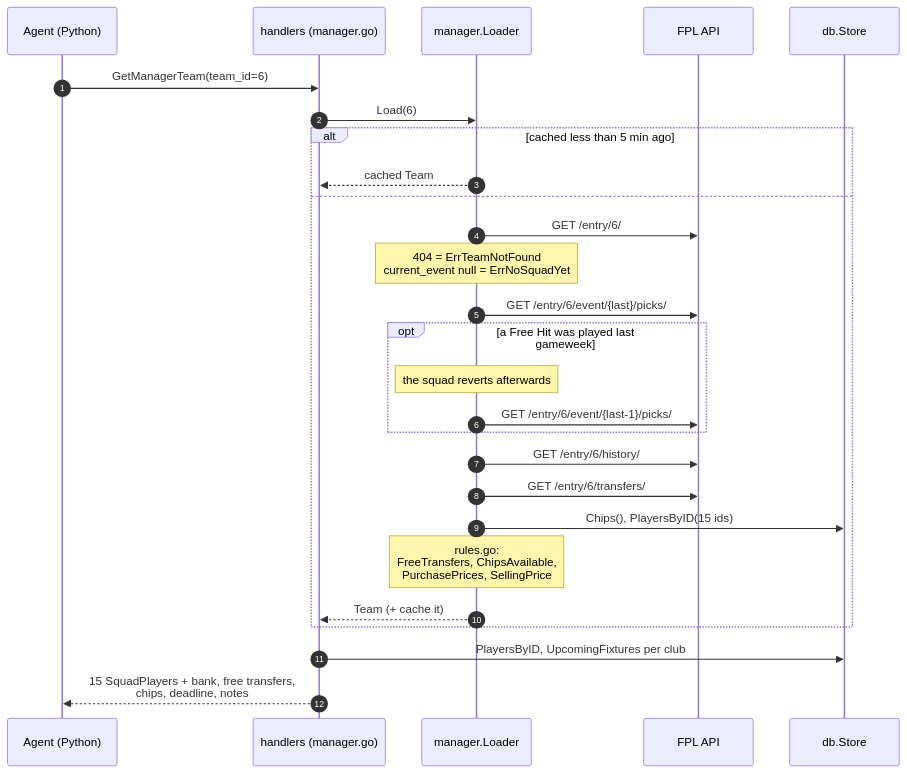
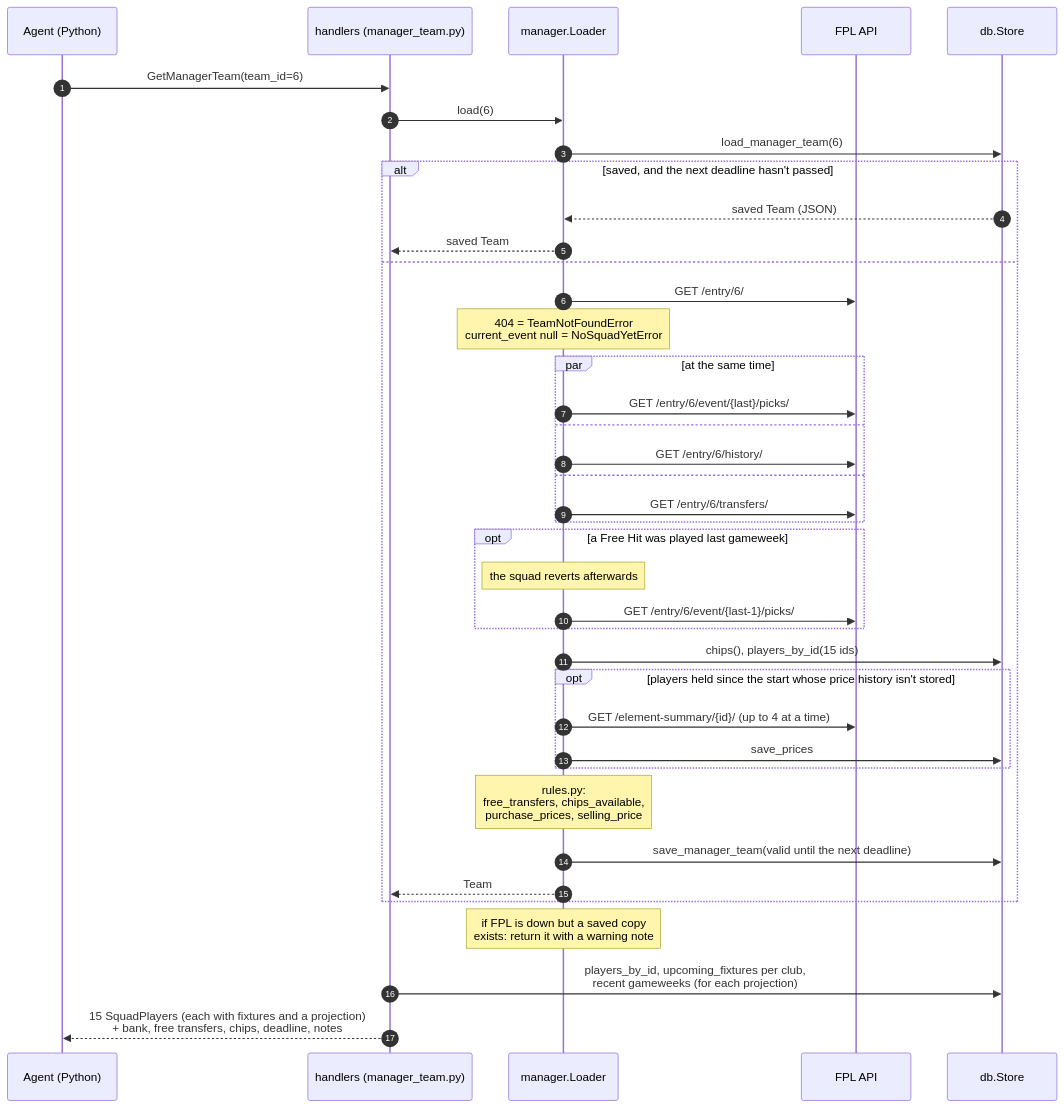
The sixth of 13 diagrams in docs/architecture.md (KaartikeyNatrajan/SquadScout), drawn with Mermaid before and after one commit. The commit also changed other lines of this file and 188 other files, not shown here.

````diff
--- a/docs/architecture.md
+++ b/docs/architecture.md
@@ -271,30 +303,42 @@
 ```mermaid
 sequenceDiagram
     autonumber
     participant A as Agent (Python)
-    participant H as handlers (manager.go)
+    participant H as handlers (manager_team.py)
     participant L as manager.Loader
     participant API as FPL API
     participant DB as db.Store
 
     A->>H: GetManagerTeam(team_id=6)
-    H->>L: Load(6)
-    alt cached less than 5 min ago
-        L-->>H: cached Team
+    H->>L: load(6)
+    L->>DB: load_manager_team(6)
+    alt saved, and the next deadline hasn't passed
+        DB-->>L: saved Team (JSON)
+        L-->>H: saved Team
     else
         L->>API: GET /entry/6/
-        Note over L: 404 = ErrTeamNotFound<br/>current_event null = ErrNoSquadYet
-        L->>API: GET /entry/6/event/{last}/picks/
+        Note over L: 404 = TeamNotFoundError<br/>current_event null = NoSquadYetError
+        par at the same time
+            L->>API: GET /entry/6/event/{last}/picks/
+        and
+            L->>API: GET /entry/6/history/
+        and
+            L->>API: GET /entry/6/transfers/
+        end
         opt a Free Hit was played last gameweek
             Note over L: the squad reverts afterwards
             L->>API: GET /entry/6/event/{last-1}/picks/
         end
-        L->>API: GET /entry/6/history/
-        L->>API: GET /entry/6/transfers/
-        L->>DB: Chips(), PlayersByID(15 ids)
-        Note over L: rules.go:<br/>FreeTransfers, ChipsAvailable,<br/>PurchasePrices, SellingPrice
-        L-->>H: Team (+ cache it)
+        L->>DB: chips(), players_by_id(15 ids)
+        opt players held since the start whose price history isn't stored
+            L->>API: GET /element-summary/{id}/ (up to 4 at a time)
+            L->>DB: save_prices
+        end
+        Note over L: rules.py:<br/>free_transfers, chips_available,<br/>purchase_prices, selling_price
+        L->>DB: save_manager_team(valid until the next deadline)
+        L-->>H: Team
     end
-    H->>DB: PlayersByID, UpcomingFixtures per club
-    H-->>A: 15 SquadPlayers + bank, free transfers,<br/>chips, deadline, notes
+    Note over L: if FPL is down but a saved copy<br/>exists: return it with a warning note
+    H->>DB: players_by_id, upcoming_fixtures per club,<br/>recent gameweeks (for each projection)
+    H-->>A: 15 SquadPlayers (each with fixtures and a projection)<br/>+ bank, free transfers, chips, deadline, notes
 ```
````
